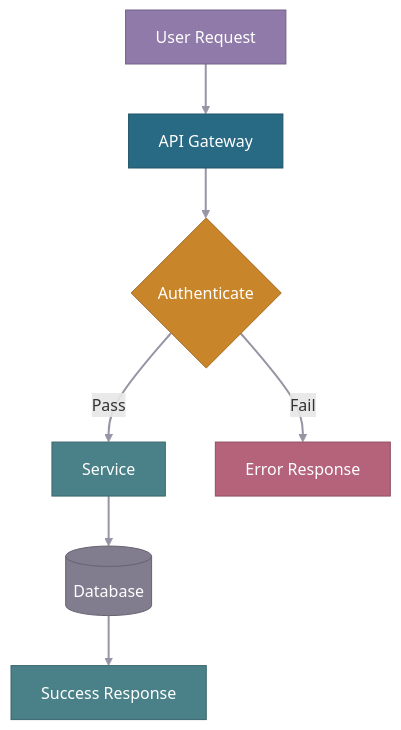
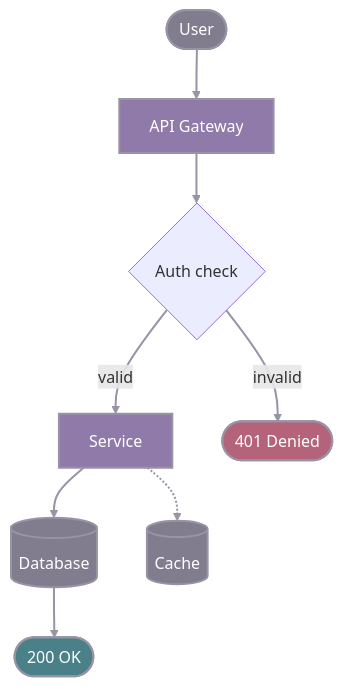
The fifth of 24 diagrams in creating-mermaid-diagrams/skills/creating-mermaid-diagrams/references/themes.md (mdsakalu/agent-plugins), drawn with Mermaid before and after one commit. The commit also changed other lines of this file and 4 other files, not shown here.

First line of the commit message:
refactor(creating-mermaid-diagrams): design-driven styling overhaul

````diff
--- a/creating-mermaid-diagrams/skills/creating-mermaid-diagrams/references/themes.md
+++ b/creating-mermaid-diagrams/skills/creating-mermaid-diagrams/references/themes.md
@@ -218,26 +231,18 @@
 ```mermaid
 flowchart TD
-    user["User Request"] --> api["API Gateway"]
-    api --> auth{"Authenticate"}
-    auth -->|Pass| service["Service"]
-    auth -->|Fail| error["Error Response"]
-    service --> db[("Database")]
-    db --> response["Success Response"]
+    user(["User"]) ==> api["API Gateway"] ==> auth{"Auth check"}
+    auth == valid ==> svc["Service"] ==> db[("Database")] ==> res(["200 OK"])
+    auth -- invalid --> err(["401 Denied"])
+    svc -.-> cache[("Cache")]
 
-    classDef primary fill:#907aa9,stroke:#736287,color:#ffffff
-    classDef secondary fill:#817c8e,stroke:#676371,color:#ffffff
-    classDef success fill:#4a8088,stroke:#3b666d,color:#ffffff
-    classDef warning fill:#c9852a,stroke:#a16a22,color:#ffffff
-    classDef danger fill:#b4637a,stroke:#904f62,color:#ffffff
-    classDef info fill:#286983,stroke:#205469,color:#ffffff
-
+    classDef primary fill:#907aa9,stroke:#9893a5,stroke-width:2px,color:#ffffff
+    classDef muted fill:#817c8e,stroke:#9893a5,stroke-width:2px,color:#ffffff
+    classDef success fill:#4a8088,stroke:#9893a5,stroke-width:2px,color:#ffffff
+    classDef danger fill:#b4637a,stroke:#9893a5,stroke-width:2px,color:#ffffff
     linkStyle default stroke:#9893a5,stroke-width:2px
 
-    class user primary
-    class api info
-    class auth warning
-    class service success
-    class error danger
-    class db secondary
-    class response success
+    class api,svc primary
+    class user,db,cache muted
+    class res success
+    class err danger
 ```
````
